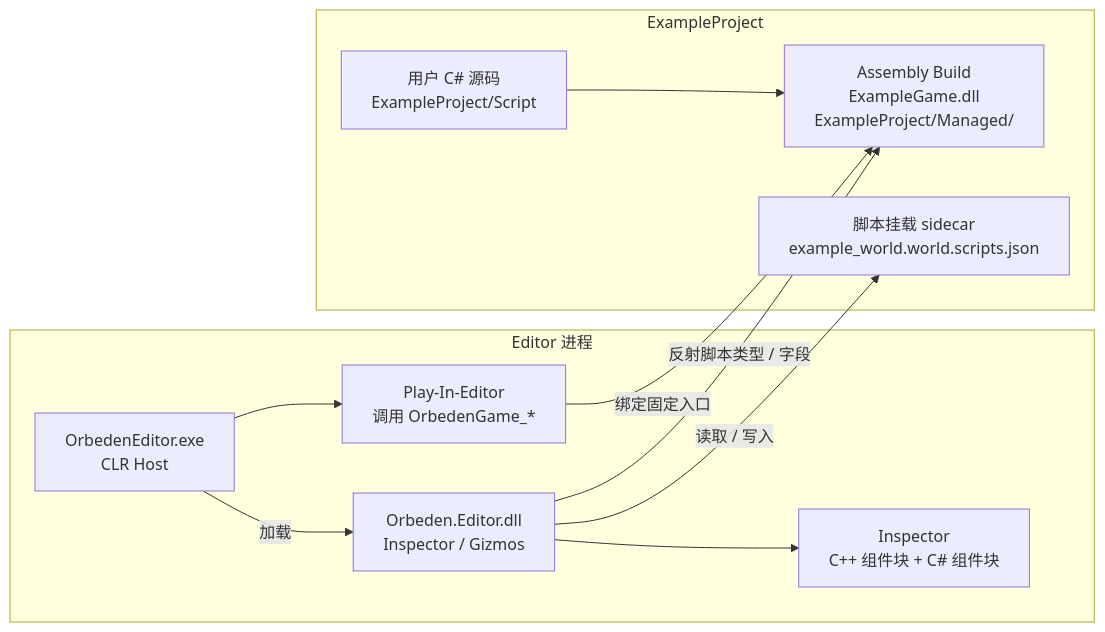
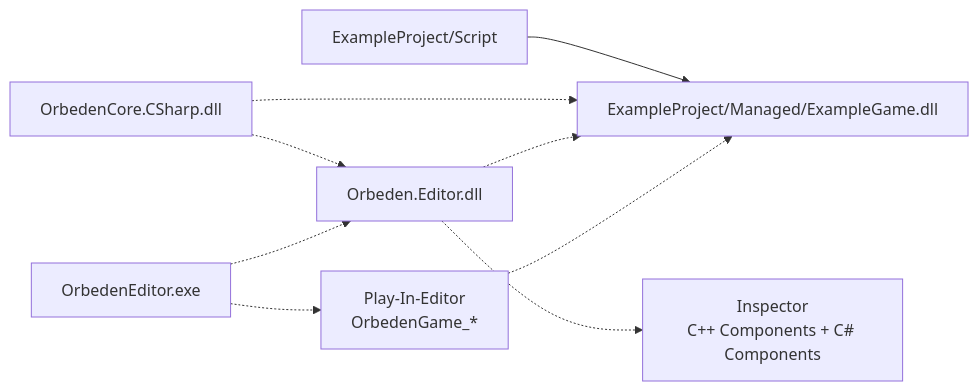
The second of 2 diagrams in Docs/BuildAndPackaging.md (REW-Z/orbeden), drawn with Mermaid before and after one commit. The commit also changed other lines of this file and 66 other files, not shown here.

````diff
--- a/Docs/BuildAndPackaging.md
+++ b/Docs/BuildAndPackaging.md
@@ -116,23 +102,11 @@
 ```mermaid
 flowchart LR
-    subgraph Editor["Editor 进程"]
-        EditorExe["OrbedenEditor.exe\nCLR Host"]
-        EditorDll["Orbeden.Editor.dll\nInspector / Gizmos"]
-        Inspector["Inspector\nC++ 组件块 + C# 组件块"]
-        PIE["Play-In-Editor\n调用 OrbedenGame_*"]
-    end
-
-    subgraph Project["ExampleProject"]
-        GameSource["用户 C# 源码\nExampleProject/Script"]
-        GameDll["Assembly Build\nExampleGame.dll\nExampleProject/Managed/"]
-        Sidecar["脚本挂载 sidecar\nexample_world.world.scripts.json"]
-    end
-
-    GameSource --> GameDll
-    EditorExe -->|加载| EditorDll
-    EditorDll -->|反射脚本类型 / 字段| GameDll
-    EditorDll -->|读取 / 写入| Sidecar
-    EditorDll --> Inspector
-    EditorExe --> PIE
-    PIE -->|绑定固定入口| GameDll
+    GameCs["ExampleProject/Script"] --> GameDll["ExampleProject/Managed/ExampleGame.dll"]
+    CoreSdk["OrbedenCore.CSharp.dll"] -.-> GameDll
+    CoreSdk -.-> EditorDll["Orbeden.Editor.dll"]
+    EditorExe["OrbedenEditor.exe"] -.-> EditorDll
+    EditorDll -.-> Inspector["Inspector\nC++ Components + C# Components"]
+    EditorDll -.-> GameDll
+    EditorExe -.-> PIE["Play-In-Editor\nOrbedenGame_*"]
+    PIE -.-> GameDll
 ```
````
